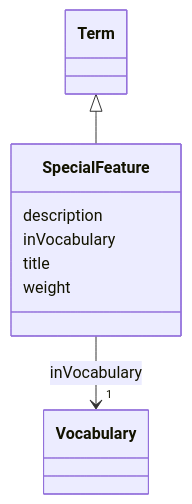
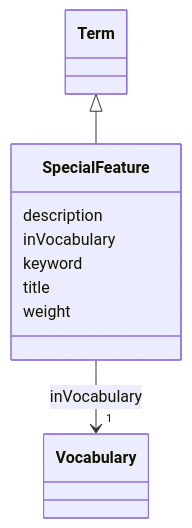
One commit to EVORA-project/evora-ontology changed the diagram in models/docs/SpecialFeature.md. Above: the diagram before and after it, drawn with Mermaid. The commit also changed other lines of this file and 402 other files, not shown here.

````diff
--- a/models/docs/SpecialFeature.md
+++ b/models/docs/SpecialFeature.md
@@ -19,24 +19,26 @@
 ```mermaid
  classDiagram
     class SpecialFeature
     click SpecialFeature href "../SpecialFeature"
       Term <|-- SpecialFeature
         click Term href "../Term"
       
       SpecialFeature : description
         
       SpecialFeature : inVocabulary
         
           
     
     
     SpecialFeature --> "1" Vocabulary : inVocabulary
     click Vocabulary href "../Vocabulary"
 
         
+      SpecialFeature : keyword
+        
       SpecialFeature : title
         
       SpecialFeature : weight
         
       
 ```
````
